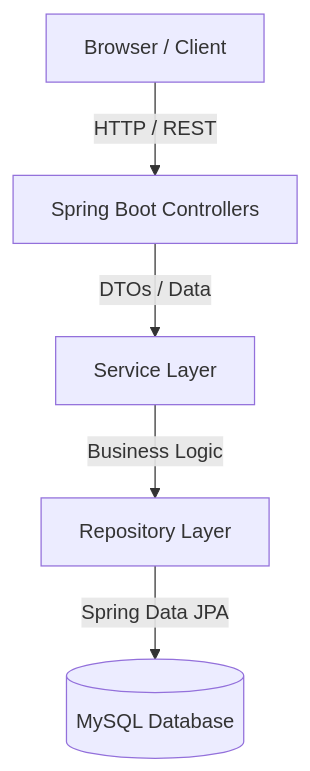
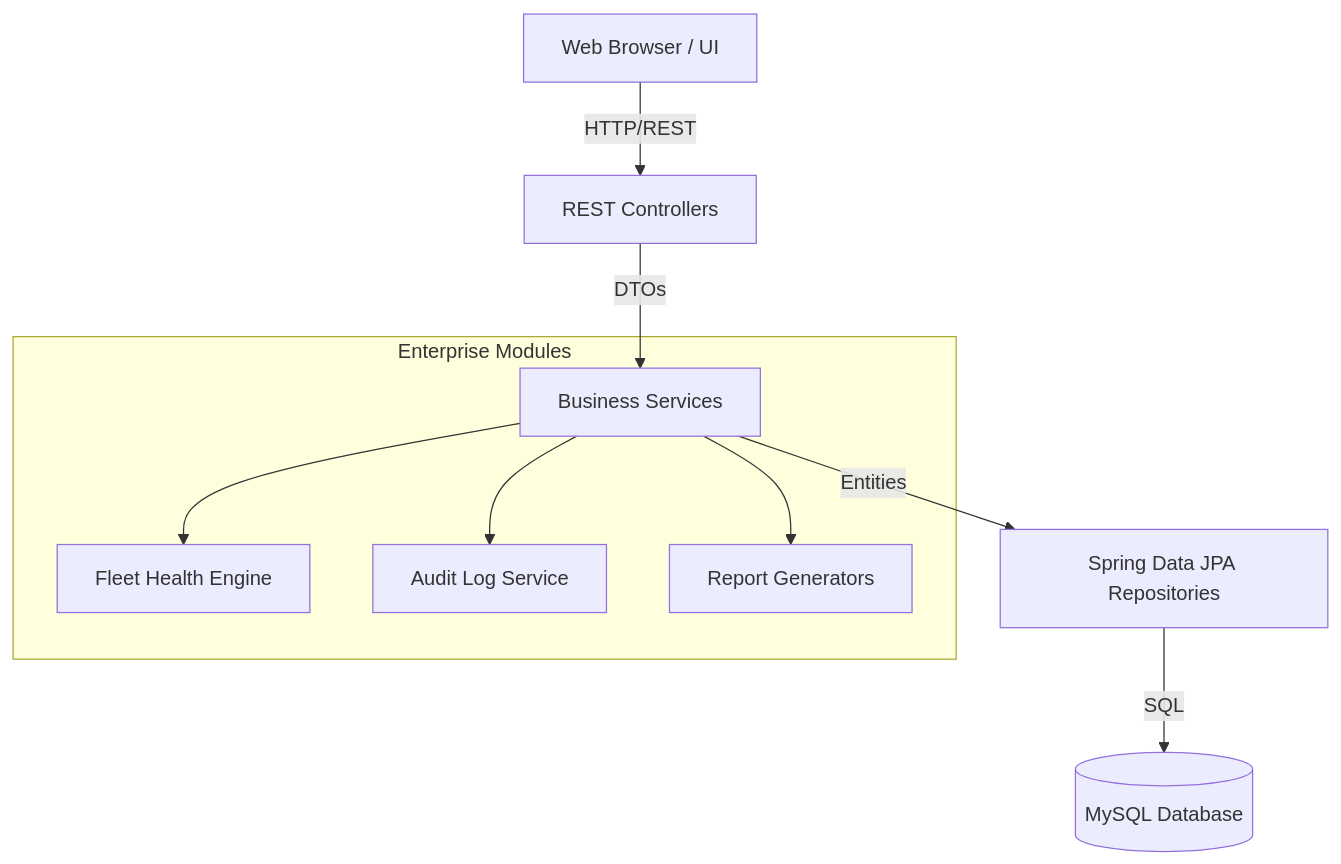
One commit to KrupalDusane/FleetOps changed the first of 2 diagrams in README.md. Above: the diagram before and after it, drawn with Mermaid. The commit also changed other lines of this file and 94 other files, not shown here.

Commit message:
Prepare FleetOps Enterprise for GitHub deployment

````diff
--- a/README.md
+++ b/README.md
@@ -27,7 +23,13 @@
 ```mermaid
 graph TD
-    A[Browser / Client] -->|HTTP / REST| B[Spring Boot Controllers]
-    B -->|DTOs / Data| C[Service Layer]
-    C -->|Business Logic| D[Repository Layer]
-    D -->|Spring Data JPA| E[(MySQL Database)]
+    Client[Web Browser / UI] --> |HTTP/REST| Controller[REST Controllers]
+    Controller --> |DTOs| Service[Business Services]
+    Service --> |Entities| Repository[Spring Data JPA Repositories]
+    Repository --> |SQL| Database[(MySQL Database)]
+    
+    subgraph Enterprise Modules
+        Service --> Health[Fleet Health Engine]
+        Service --> Audit[Audit Log Service]
+        Service --> Export[Report Generators]
+    end
 ```
````
